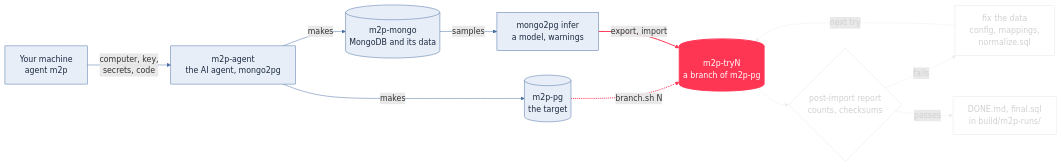
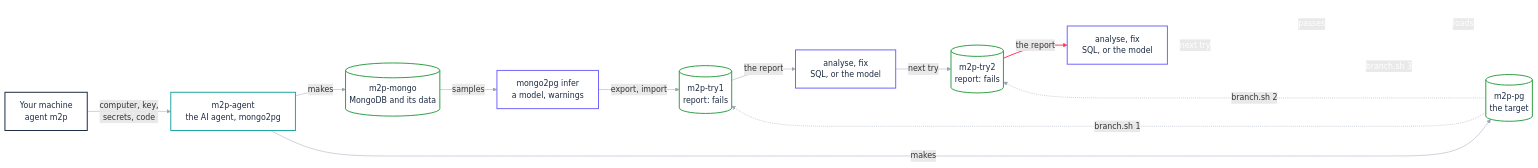
The seventh of 17 diagrams in docs/presentation.md (bertrandcedric/nevia-agent), drawn with Mermaid before and after one commit. The commit also changed other lines of this file and 7 other files, not shown here.

````diff
--- a/docs/presentation.md
+++ b/docs/presentation.md
@@ -264,38 +495,53 @@
 ```mermaid
 flowchart LR
     you["Your machine<br/>agent m2p"]
     agent["m2p-agent<br/>the AI agent, mongo2pg"]
     mongo[("m2p-mongo<br/>MongoDB and its data")]
     pg[("m2p-pg<br/>the target")]
     infer["mongo2pg infer<br/>a model, warnings"]
-    branch[("m2p-tryN<br/>a branch of m2p-pg")]
-    report{"post-import report<br/>counts, checksums"}
-    fix["fix the data<br/>config, mappings,<br/>normalize.sql"]
+    t1[("m2p-try1<br/>report: fails")]
+    f1["analyse, fix<br/>SQL, or the model"]
+    t2[("m2p-try2<br/>report: fails")]
+    f2["analyse, fix<br/>SQL, or the model"]
+    t3[("m2p-try3<br/>report: passes")]
     finish["DONE.md, final.sql<br/>in build/m2p-runs/"]
     you -->|"computer, key,<br/>secrets, code"| agent
     agent -->|"makes"| mongo
     agent -->|"makes"| pg
     mongo -->|"samples"| infer
-    pg -.->|"branch.sh N"| branch
-    infer -->|"export, import"| branch
-    branch --> report
-    report -->|"fails"| fix
-    fix -->|"next try"| branch
-    report -->|"passes"| finish
-    classDef now fill:#ff3554,stroke:#ff3554,color:#fff,stroke-width:2px
-    classDef done fill:#e8eef7,stroke:#4a6fa5,color:#1b2a41
-    classDef todo fill:#fff,stroke:#e6e6e6,color:#d0d0d0
-    class branch now
-    class you,agent,mongo,pg,infer done
-    class report,fix,finish todo
-    linkStyle 0 stroke:#4a6fa5
-    linkStyle 1 stroke:#4a6fa5
-    linkStyle 2 stroke:#4a6fa5
-    linkStyle 3 stroke:#4a6fa5
-    linkStyle 4 stroke:#ff3554,stroke-width:2px
-    linkStyle 5 stroke:#ff3554,stroke-width:2px
-    linkStyle 6 stroke:#eeeeee,color:#d0d0d0
-    linkStyle 7 stroke:#eeeeee,color:#d0d0d0
-    linkStyle 8 stroke:#eeeeee,color:#d0d0d0
-    linkStyle 9 stroke:#eeeeee,color:#d0d0d0
+    infer -->|"export, import"| t1
+    pg -.->|"branch.sh 1"| t1
+    t1 -->|"the report"| f1
+    f1 -->|"next try"| t2
+    pg -.->|"branch.sh 2"| t2
+    t2 -->|"the report"| f2
+    f2 -->|"next try"| t3
+    pg -.->|"branch.sh 3"| t3
+    t3 -->|"passes"| finish
+    finish -->|"loads"| pg
+    classDef kyou fill:#fff,stroke:#1b2a41,color:#1b2a41,stroke-width:2px
+    classDef kcomputer fill:#fff,stroke:#1fa5a3,color:#1b2a41,stroke-width:2px
+    classDef kdb fill:#fff,stroke:#2e9e44,color:#1b2a41,stroke-width:2px
+    classDef kai fill:#fff,stroke:#6f64ff,color:#1b2a41,stroke-width:2px
+    classDef kresult fill:#fff,stroke:#e8833a,color:#1b2a41,stroke-width:2px
+    classDef todo fill:#fff,stroke:#fff,color:#fff
+    class you kyou
+    class agent kcomputer
+    class mongo,pg,t1,t2 kdb
+    class infer,f1,f2 kai
+    class t3,finish todo
+    linkStyle 0 stroke:#9aa5b8
+    linkStyle 1 stroke:#9aa5b8
+    linkStyle 2 stroke:#9aa5b8
+    linkStyle 3 stroke:#9aa5b8
+    linkStyle 4 stroke:#9aa5b8
+    linkStyle 5 stroke:#9aa5b8
+    linkStyle 6 stroke:#9aa5b8
+    linkStyle 7 stroke:#9aa5b8
+    linkStyle 8 stroke:#9aa5b8
+    linkStyle 9 stroke:#ff3554,stroke-width:2px
+    linkStyle 10 stroke:#fff,color:#fff
+    linkStyle 11 stroke:#fff,color:#fff
+    linkStyle 12 stroke:#fff,color:#fff
+    linkStyle 13 stroke:#fff,color:#fff
 ```
````
